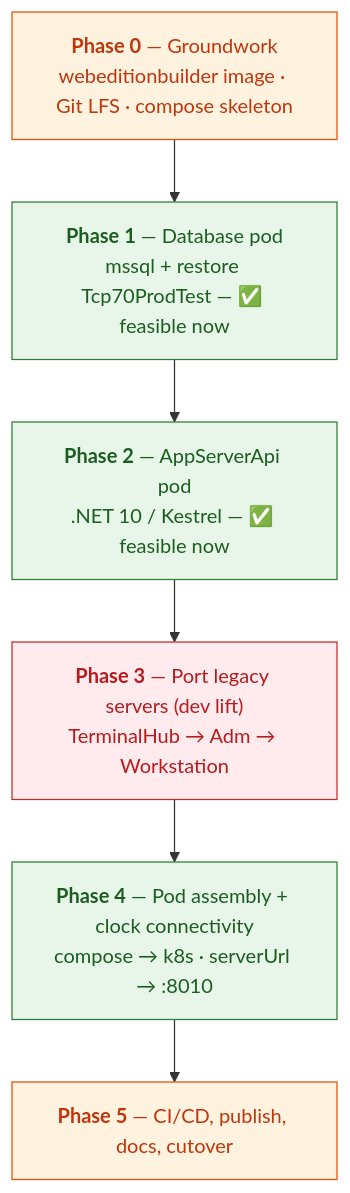
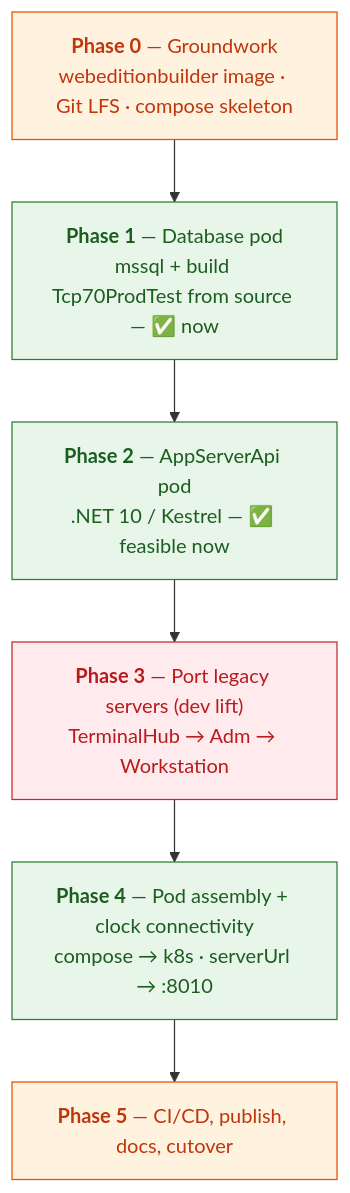
The third of 4 diagrams in docs/linux-pod-plan.md (tcp-software/win11vbox), drawn with Mermaid before and after one commit. The commit also changed other lines of this file, not shown here.

First line of the commit message:
docs(linux-pod-plan): build the databases from source, not from pre-built artifacts

````diff
--- a/docs/linux-pod-plan.md
+++ b/docs/linux-pod-plan.md
@@ -133,15 +135,15 @@
 ```mermaid
 flowchart TD
     classDef now  fill:#e8f5e9,stroke:#2e7d32,color:#1b5e20;
     classDef lift fill:#ffebee,stroke:#c62828,color:#b71c1c;
     classDef base fill:#fff3e0,stroke:#e65100,color:#bf360c;
 
     P0["<b>Phase 0</b> — Groundwork<br/>webeditionbuilder image · Git LFS · compose skeleton"]:::base
-    P1["<b>Phase 1</b> — Database pod<br/>mssql + restore Tcp70ProdTest — ✅ feasible now"]:::now
+    P1["<b>Phase 1</b> — Database pod<br/>mssql + build Tcp70ProdTest from source — ✅ now"]:::now
     P2["<b>Phase 2</b> — AppServerApi pod<br/>.NET 10 / Kestrel — ✅ feasible now"]:::now
     P3["<b>Phase 3</b> — Port legacy servers (dev lift)<br/>TerminalHub → Adm → Workstation"]:::lift
     P4["<b>Phase 4</b> — Pod assembly + clock connectivity<br/>compose → k8s · serverUrl → :8010"]:::now
     P5["<b>Phase 5</b> — CI/CD, publish, docs, cutover"]:::base
 
     P0 --> P1 --> P2 --> P3 --> P4 --> P5
 ```
````
